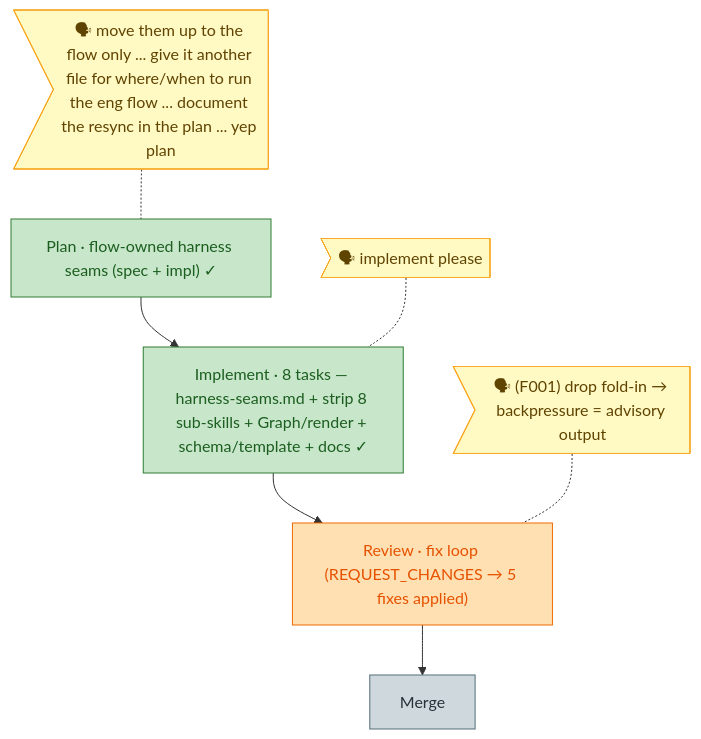
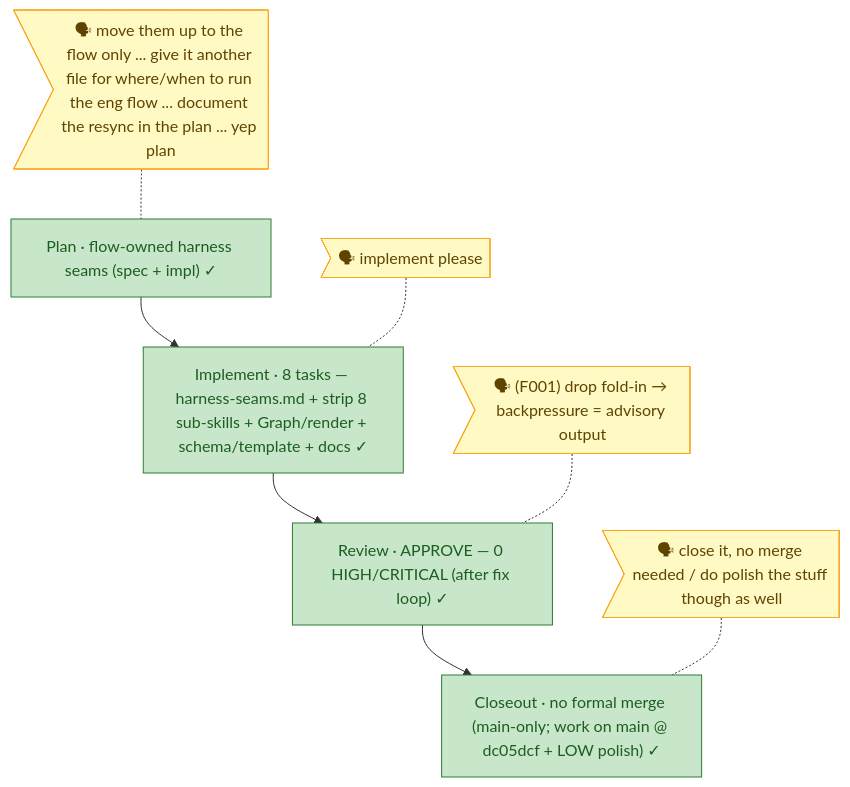
One commit to jakkaj/tools changed the diagram in docs/plans/033-flow-owned-harness-seams/the-flow.md. Above: the diagram before and after it, drawn with Mermaid. The commit also changed other lines of this file and 7 other files, not shown here.

First line of the commit message:
docs(the-flow): polish --event wording + close out plan-033 (review #2 APPROVE)

````diff
--- a/docs/plans/033-flow-owned-harness-seams/the-flow.md
+++ b/docs/plans/033-flow-owned-harness-seams/the-flow.md
@@ -4,22 +4,24 @@
 ```mermaid
 flowchart TD
   classDef done fill:#C8E6C9,stroke:#2E7D32,color:#1B5E20
   classDef wip fill:#FFE0B2,stroke:#EF6C00,color:#E65100
   classDef known fill:#CFD8DC,stroke:#546E7A,color:#263238
   classDef assumed fill:#ECEFF1,stroke:#90A4AE,color:#455A64,stroke-dasharray:5 5
   classDef said fill:#FFF9C4,stroke:#F9A825,color:#5F4300
 
   plan["Plan · flow-owned harness seams (spec + impl) ✓"]:::done
   impl["Implement · 8 tasks — harness-seams.md + strip 8 sub-skills + Graph/render + schema/template + docs ✓"]:::done
-  review["Review · fix loop (REQUEST_CHANGES → 5 fixes applied)"]:::wip
-  merge["Merge"]:::known
+  review["Review · APPROVE — 0 HIGH/CRITICAL (after fix loop) ✓"]:::done
+  merge["Closeout · no formal merge (main-only; work on main @ dc05dcf + LOW polish) ✓"]:::done
 
   plan --> impl --> review --> merge
 
   u_plan>"🗣 move them up to the flow only ... give it another file for where/when to run the eng flow ... document the resync in the plan ... yep plan"]:::said
   u_plan -.- plan
   u_impl>"🗣 implement please"]:::said
   u_impl -.- impl
   u_review>"🗣 (F001) drop fold-in → backpressure = advisory output"]:::said
   u_review -.- review
+  u_merge>"🗣 close it, no merge needed / do polish the stuff though as well"]:::said
+  u_merge -.- merge
 ```
````
